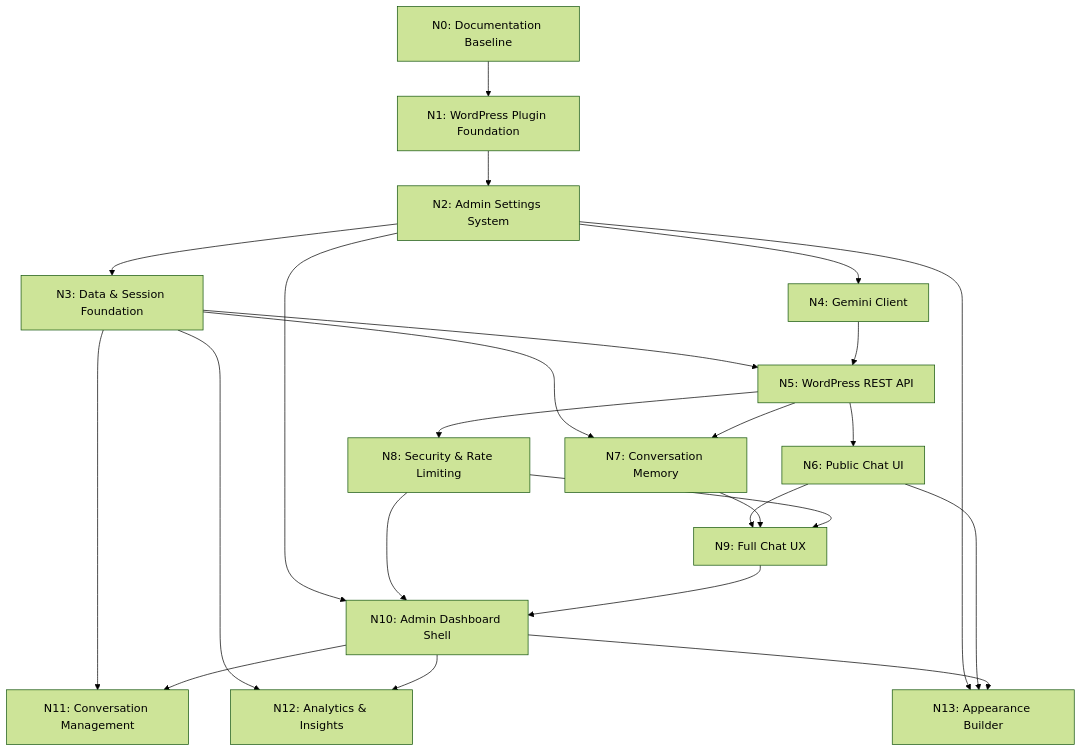
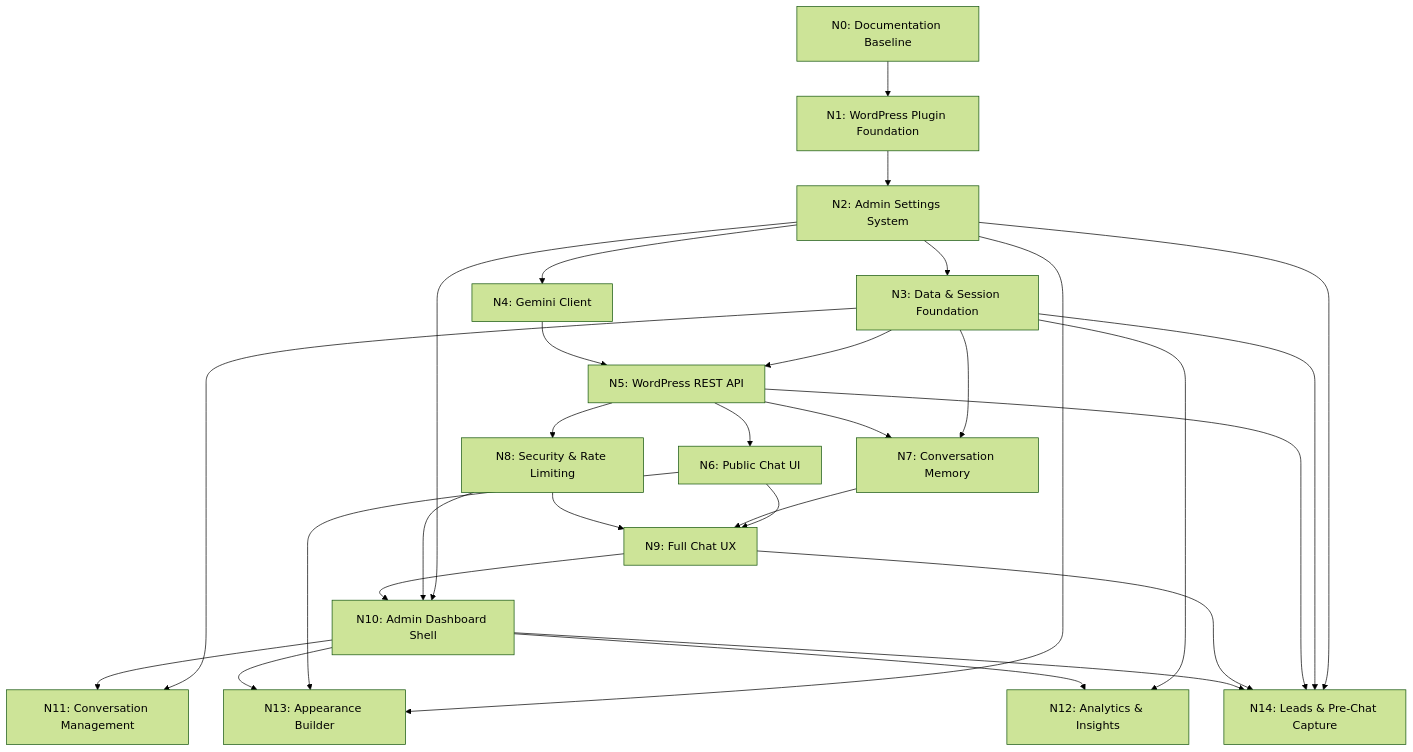
The diagram in ROADMAP.md (jattiphrswan/chatbot), drawn with Mermaid (forest theme) before and after one commit. The commit also changed other lines of this file and 18 other files, not shown here.

Commit message:
feat: complete Node N14 Leads & Pre-Chat Capture

````diff
--- a/ROADMAP.md
+++ b/ROADMAP.md
@@ -5,26 +5,31 @@
 ```mermaid
 flowchart TD
     N0[N0: Documentation Baseline] --> N1[N1: WordPress Plugin Foundation]
     N1 --> N2[N2: Admin Settings System]
     N2 --> N3[N3: Data & Session Foundation]
     N2 --> N4[N4: Gemini Client]
     N3 --> N5[N5: WordPress REST API]
     N4 --> N5
     N5 --> N6[N6: Public Chat UI]
     N3 --> N7[N7: Conversation Memory]
     N5 --> N7
     N5 --> N8[N8: Security & Rate Limiting]
     N6 --> N9[N9: Full Chat UX]
     N7 --> N9
     N8 --> N9
     N2 --> N10[N10: Admin Dashboard Shell]
     N8 --> N10
     N9 --> N10
     N3 --> N11[N11: Conversation Management]
     N10 --> N11
     N3 --> N12[N12: Analytics & Insights]
     N10 --> N12
     N2 --> N13[N13: Appearance Builder]
     N6 --> N13
     N10 --> N13
+    N2 --> N14[N14: Leads & Pre-Chat Capture]
+    N3 --> N14
+    N5 --> N14
+    N9 --> N14
+    N10 --> N14
 ```
````
